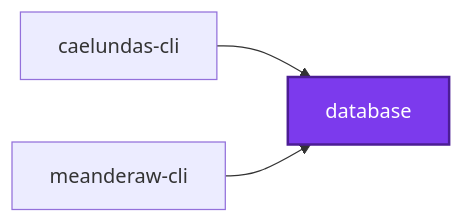
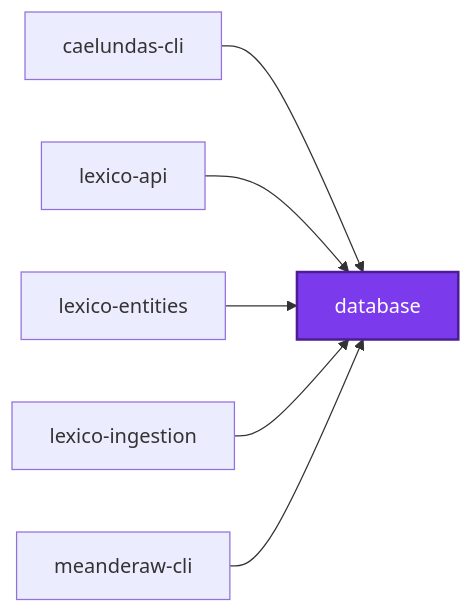
Before and after one commit to Organizzolini/codebase: the first of 3 diagrams in packages/database/README.md, drawn with Mermaid. The commit also changed other lines of this file and 65 other files, not shown here.

````diff
--- a/packages/database/README.md
+++ b/packages/database/README.md
@@ -275,10 +275,16 @@
 ```mermaid
 graph LR
   caelundas_cli["caelundas-cli"]
   database["database"]
+  lexico_api["lexico-api"]
+  lexico_entities["lexico-entities"]
+  lexico_ingestion["lexico-ingestion"]
   meanderaw_cli["meanderaw-cli"]
   caelundas_cli --> database
+  lexico_api --> database
+  lexico_entities --> database
+  lexico_ingestion --> database
   meanderaw_cli --> database
   classDef subject fill:#7c3aed,color:#fff,stroke:#4c1d95,stroke-width:2px
   class database subject
 ```
````
